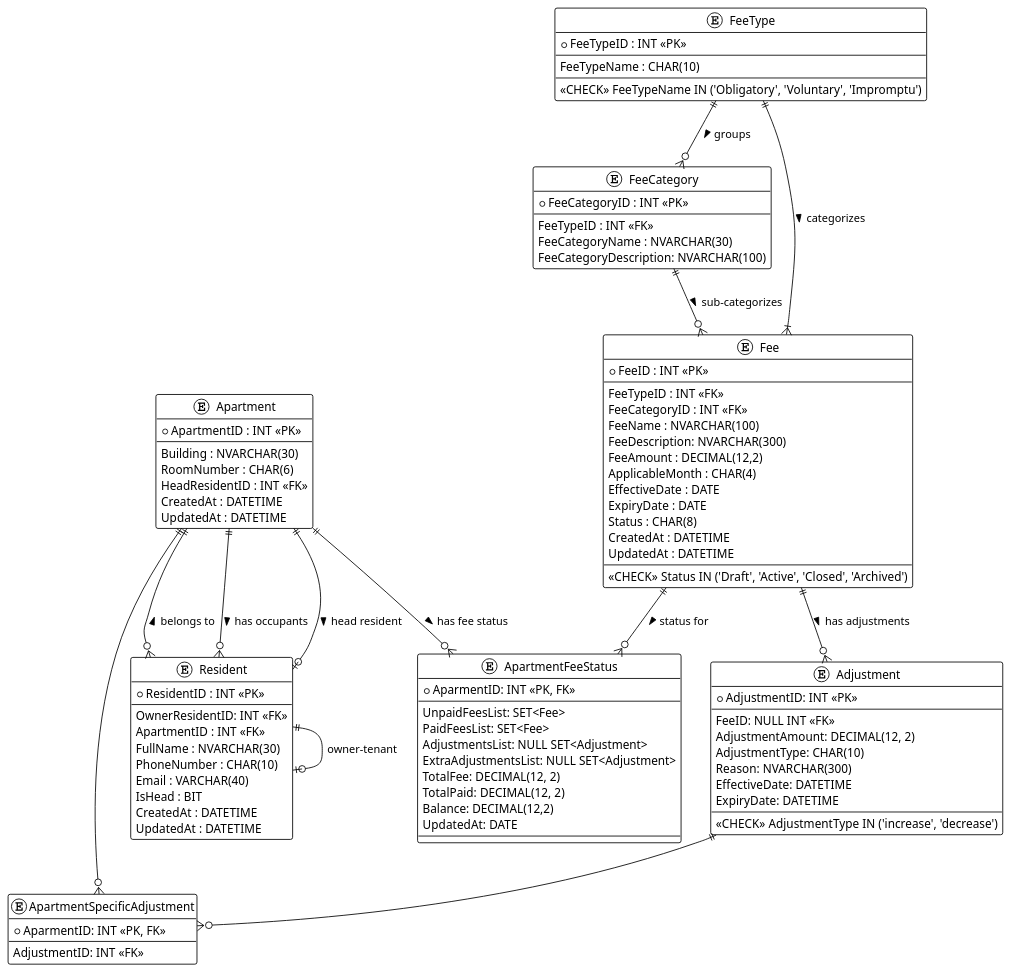
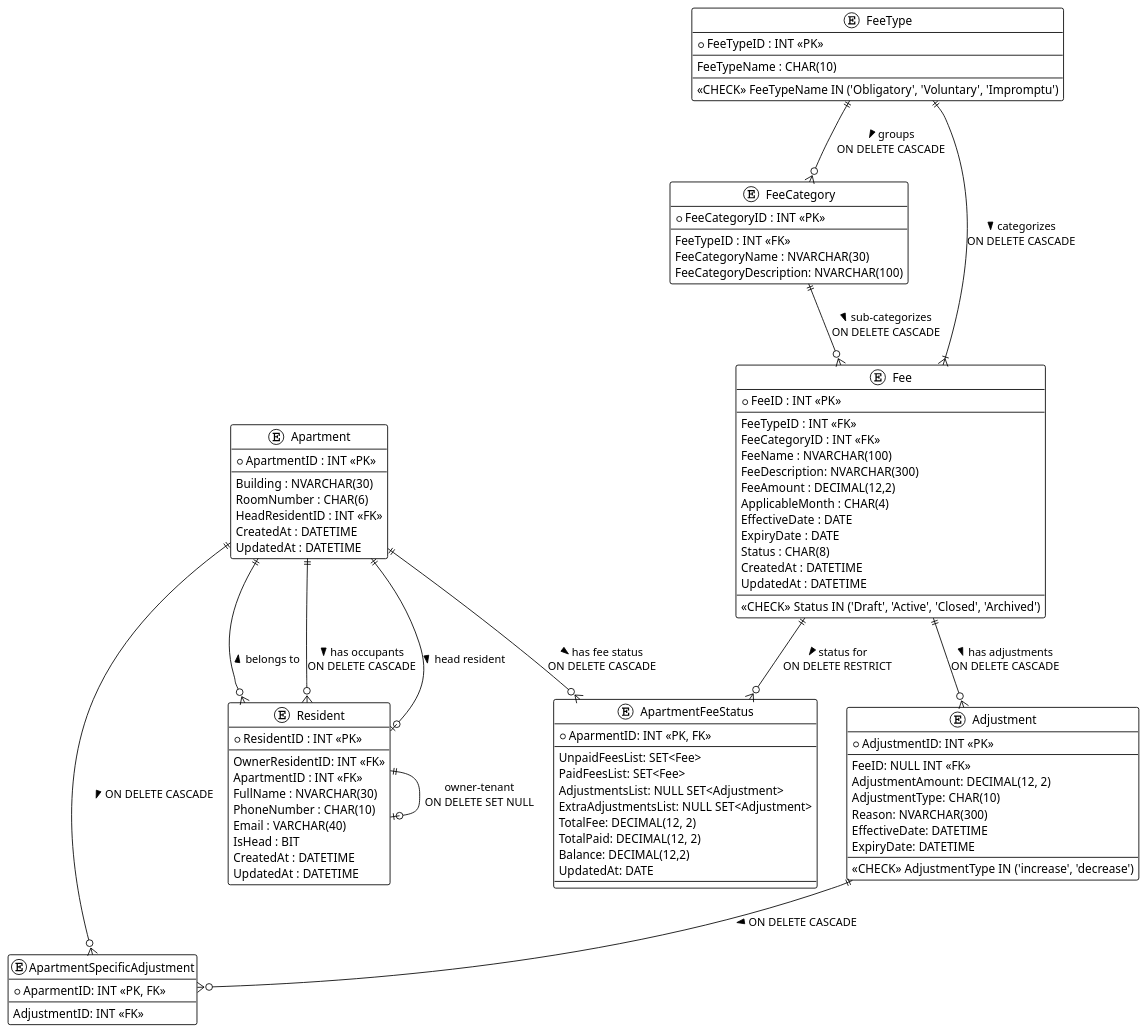
Before and after one commit to khoatran18/BluemoonManagement: the diagram in docs/sprint1/er_diagram.puml, drawn with PlantUML.

Commit message:
docs(database): add delete constraints to ER diagrams

```diff
--- a/docs/sprint1/er_diagram.puml
+++ b/docs/sprint1/er_diagram.puml
@@ -1,112 +1,112 @@
  @startuml name "db"
 !theme plain
 
 entity "Apartment" as Apartment {
   + ApartmentID : INT <<PK>>
   --
   Building : NVARCHAR(30)
   RoomNumber : CHAR(6)
   HeadResidentID : INT <<FK>>
   CreatedAt : DATETIME
   UpdatedAt : DATETIME
 }
 
 entity "Resident" as Resident {
   + ResidentID : INT <<PK>>
   --
   OwnerResidentID: INT <<FK>>
   ApartmentID : INT <<FK>>
   FullName : NVARCHAR(30)
   PhoneNumber : CHAR(10)
   Email : VARCHAR(40)
   IsHead : BIT
   CreatedAt : DATETIME
   UpdatedAt : DATETIME
 }
 
 entity "FeeType" as FeeType {
   + FeeTypeID : INT <<PK>>
   --
   FeeTypeName : CHAR(10)
   --
   <<CHECK>> FeeTypeName IN ('Obligatory', 'Voluntary', 'Impromptu')
 }
 
 entity "FeeCategory" as FeeCategory {
   + FeeCategoryID : INT <<PK>>
   --
   FeeTypeID : INT <<FK>>
   FeeCategoryName : NVARCHAR(30)
   FeeCategoryDescription: NVARCHAR(100)
 }
 
 entity "Fee" as Fee {
   + FeeID : INT <<PK>>
   --
   FeeTypeID : INT <<FK>>
   FeeCategoryID : INT <<FK>>
   FeeName : NVARCHAR(100)
   FeeDescription: NVARCHAR(300)
   FeeAmount : DECIMAL(12,2)
   ApplicableMonth : CHAR(4)
   EffectiveDate : DATE
   ExpiryDate : DATE
   Status : CHAR(8)
   CreatedAt : DATETIME
   UpdatedAt : DATETIME
   --
    <<CHECK>> Status IN ('Draft', 'Active', 'Closed', 'Archived')
 }
 
 
 entity "ApartmentFeeStatus" as ApartmentFeeStatus{
   + AparmentID: INT <<PK, FK>>
   --
   UnpaidFeesList: SET<Fee>
   PaidFeesList: SET<Fee>
   AdjustmentsList: NULL SET<Adjustment>
   ExtraAdjustmentsList: NULL SET<Adjustment>
   TotalFee: DECIMAL(12, 2)
   TotalPaid: DECIMAL(12, 2)
   Balance: DECIMAL(12,2)
   UpdatedAt: DATE
   --
 }
 
 entity "Adjustment" as Adjustment{
   + AdjustmentID: INT <<PK>>
   --
   FeeID: NULL INT <<FK>>
   AdjustmentAmount: DECIMAL(12, 2)
   AdjustmentType: CHAR(10)
   Reason: NVARCHAR(300)
   EffectiveDate: DATETIME
   ExpiryDate: DATETIME 
   --
   <<CHECK>> AdjustmentType IN ('increase', 'decrease')
 }
 
 entity "ApartmentSpecificAdjustment" as ApartmentSpecificAdjustment{
   + AparmentID: INT <<PK, FK>>
   --
   AdjustmentID: INT <<FK>>
 }
 
 '--------------------------
-' Relationships
+' Relationships + Constraints
 '--------------------------
 
-Apartment ||--o{ Resident : "has occupants >"
+Apartment ||--o{ Resident : "has occupants >\nON DELETE CASCADE"
 Resident }o--|| Apartment : "belongs to >"
-Resident ||--o| Resident: "owner-tenant"
-FeeType ||--|{ Fee : "categorizes >"
-FeeType ||--o{ FeeCategory : "groups >"
-FeeCategory ||--o{ Fee : "sub-categorizes >"
+Resident ||--o| Resident: "owner-tenant\nON DELETE SET NULL"
+FeeType ||--|{ Fee : "categorizes >\nON DELETE CASCADE"
+FeeType ||--o{ FeeCategory : "groups >\nON DELETE CASCADE"
+FeeCategory ||--o{ Fee : "sub-categorizes >\nON DELETE CASCADE"
 Apartment ||--o| Resident : "head resident >"
-Apartment ||--o{ ApartmentFeeStatus : "has fee status >"
-Fee ||--o{ ApartmentFeeStatus : "status for >"
-Fee ||--o{ Adjustment : "has adjustments >"
-Apartment ||--o{ ApartmentSpecificAdjustment
-Adjustment ||--o{ ApartmentSpecificAdjustment
+Apartment ||--o{ ApartmentFeeStatus : "has fee status >\nON DELETE CASCADE"
+Fee ||--o{ ApartmentFeeStatus : "status for >\nON DELETE RESTRICT"
+Fee ||--o{ Adjustment : "has adjustments >\nON DELETE CASCADE"
+Apartment ||--o{ ApartmentSpecificAdjustment : "ON DELETE CASCADE >"
+Adjustment ||--o{ ApartmentSpecificAdjustment : "ON DELETE CASCADE >"
 
 @enduml
```
